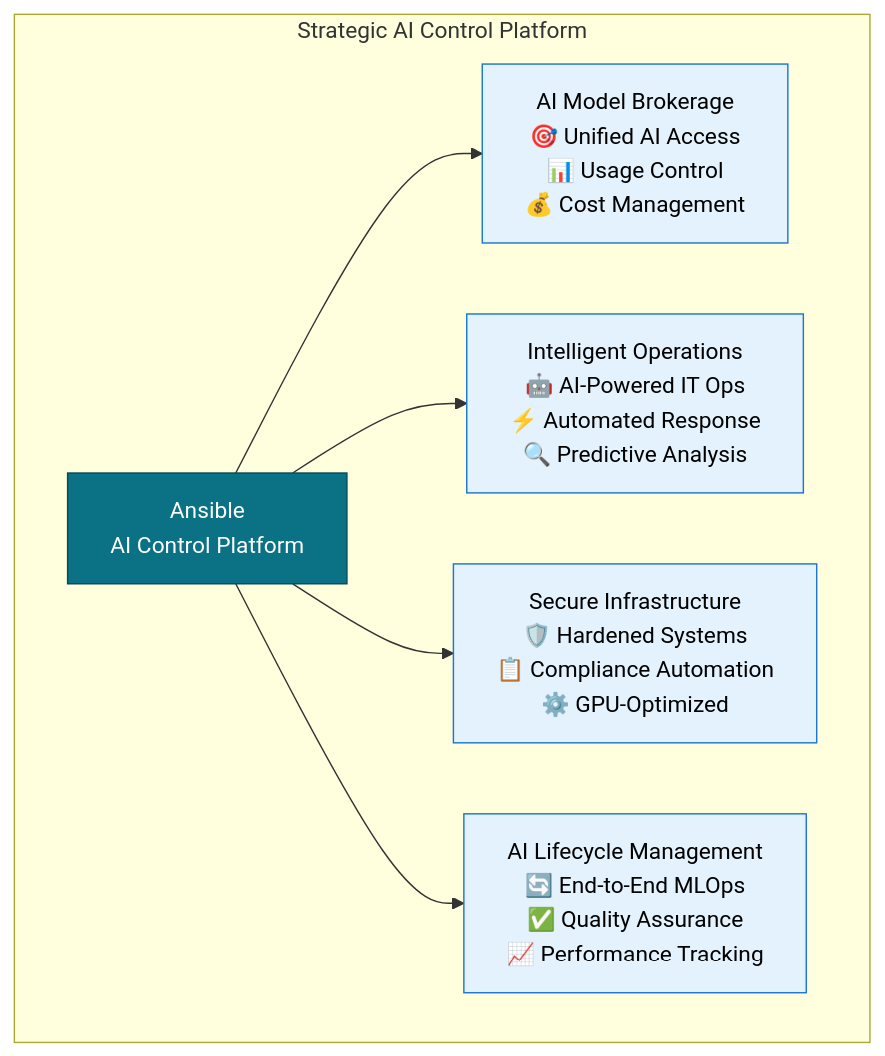
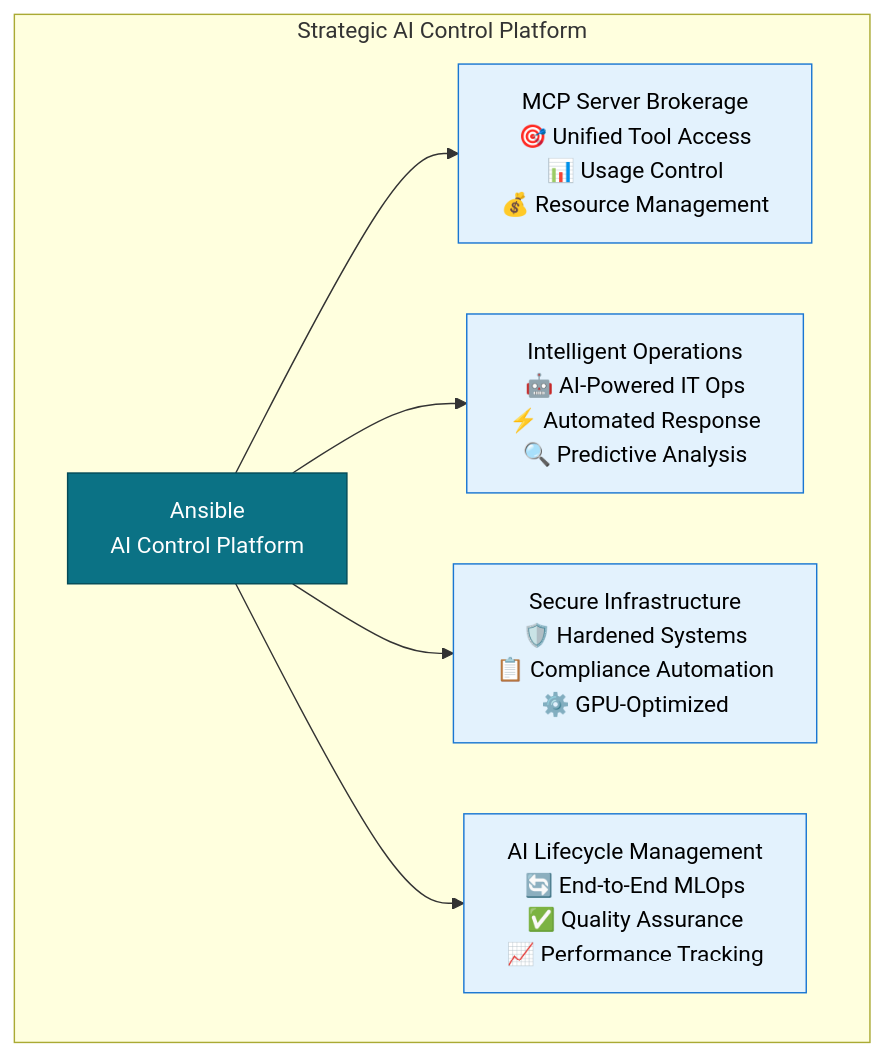
Before and after one commit to robbybrodie/AAPasAI: the first of 5 diagrams in AAP-AI-Strategy.md, drawn with Mermaid. The commit also changed other lines of this file, not shown here.

First line of the commit message:
Align AAP-AI-Strategy.md with corrected MCP server concept

````diff
--- a/AAP-AI-Strategy.md
+++ b/AAP-AI-Strategy.md
@@ -31,17 +31,17 @@
 ```mermaid
 graph TB
     subgraph "Strategic AI Control Platform"
         Control[Ansible<br/>AI Control Platform]
         
-        Control --> Brokerage[AI Model Brokerage<br/>🎯 Unified AI Access<br/>📊 Usage Control<br/>💰 Cost Management]
+        Control --> Brokerage[MCP Server Brokerage<br/>🎯 Unified Tool Access<br/>📊 Usage Control<br/>💰 Resource Management]
         Control --> Operations[Intelligent Operations<br/>🤖 AI-Powered IT Ops<br/>⚡ Automated Response<br/>🔍 Predictive Analysis]
         Control --> Infrastructure[Secure Infrastructure<br/>🛡️ Hardened Systems<br/>📋 Compliance Automation<br/>⚙️ GPU-Optimized]
         Control --> Lifecycle[AI Lifecycle Management<br/>🔄 End-to-End MLOps<br/>✅ Quality Assurance<br/>📈 Performance Tracking]
     end
     
     classDef platform fill:#0b7285,stroke:#034a57,color:#fff
     classDef capability fill:#e3f2fd,stroke:#1976d2,color:#000
     
     class Control platform
     class Brokerage,Operations,Infrastructure,Lifecycle capability
 ```
````
